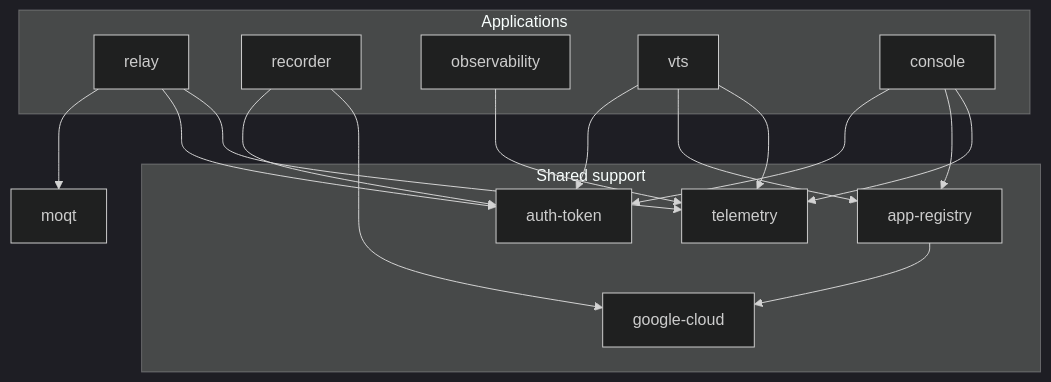
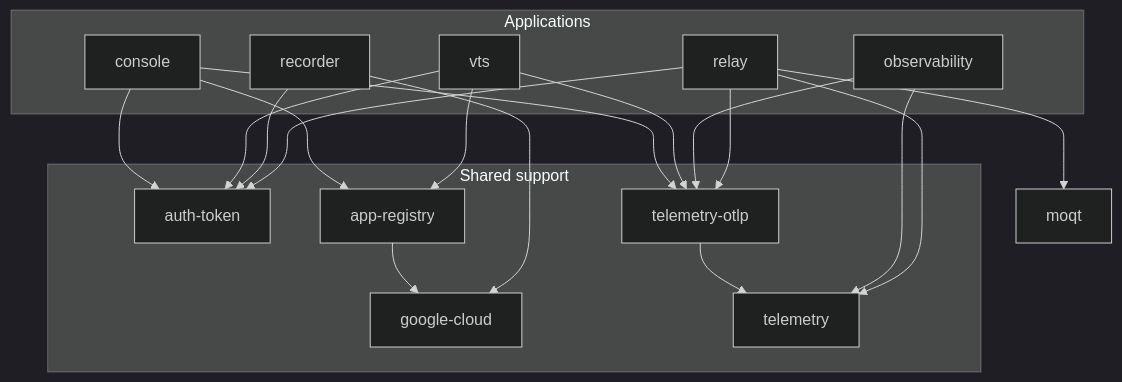
The second of 2 diagrams in crates/README.md (nttcom/moq-wasm), drawn with Mermaid (dark theme) before and after one commit. The commit also changed other lines of this file and 60 other files, not shown here.

First line of the commit message:
refactor(telemetry): split the OTLP tracing setup into telemetry-otlp (#1641)

````diff
--- a/crates/README.md
+++ b/crates/README.md
@@ -86,38 +86,42 @@
 ```mermaid
 flowchart TD
     subgraph apps[Applications]
         relay
         recorder
         observability
         vts
         console
     end
 
     subgraph support[Shared support]
         auth-token
         app-registry
         google-cloud
+        telemetry-otlp
         telemetry
     end
 
     moqt
 
     relay --> moqt
     relay --> auth-token
+    relay --> telemetry-otlp
     relay --> telemetry
 
     recorder --> auth-token
     recorder --> google-cloud
 
+    observability --> telemetry-otlp
     observability --> telemetry
 
     vts --> auth-token
     vts --> app-registry
-    vts --> telemetry
+    vts --> telemetry-otlp
 
     console --> auth-token
     console --> app-registry
-    console --> telemetry
+    console --> telemetry-otlp
 
     app-registry --> google-cloud
+    telemetry-otlp --> telemetry
 ```
````
